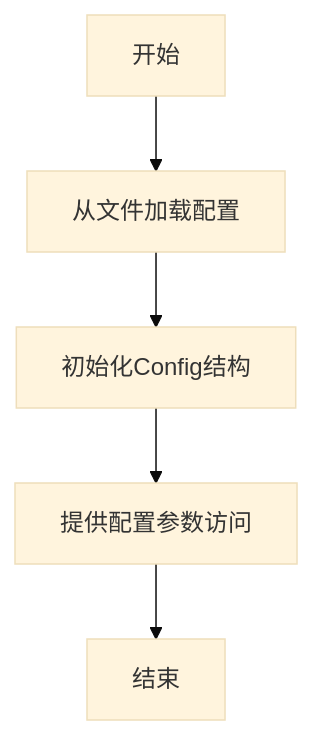
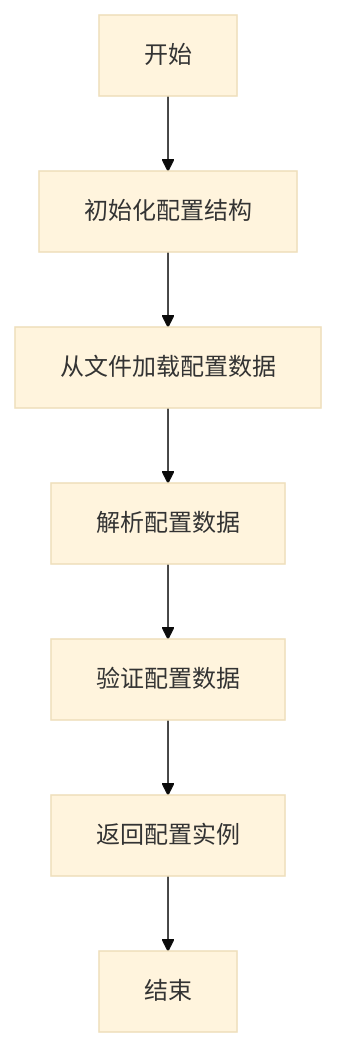
The diagram in litho.docs/CoreComponents/config.md (BigtoC/deepwiki-rs), drawn with Mermaid (base theme) before and after one commit. The commit also changed other lines of this file and 18 other files, not shown here.

````diff
--- a/litho.docs/CoreComponents/config.md
+++ b/litho.docs/CoreComponents/config.md
@@ -13,7 +13,9 @@
 ```mermaid
 flowchart TD
-    A[开始] --> B[从文件加载配置]
-    B --> C[初始化Config结构]
-    C --> D[提供配置参数访问]
-    D --> E[结束]
+    A[开始] --> B[初始化配置结构]
+    B --> C[从文件加载配置数据]
+    C --> D[解析配置数据]
+    D --> E[验证配置数据]
+    E --> F[返回配置实例]
+    F --> G[结束]
 ```
````
